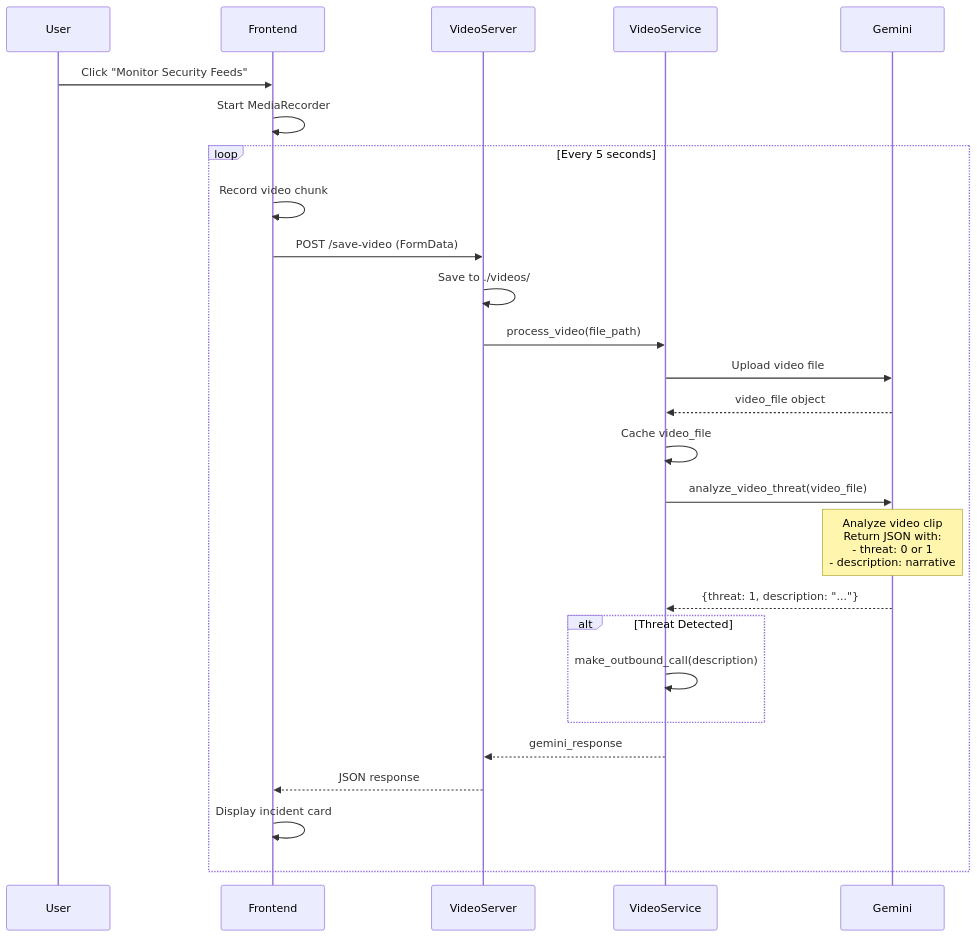
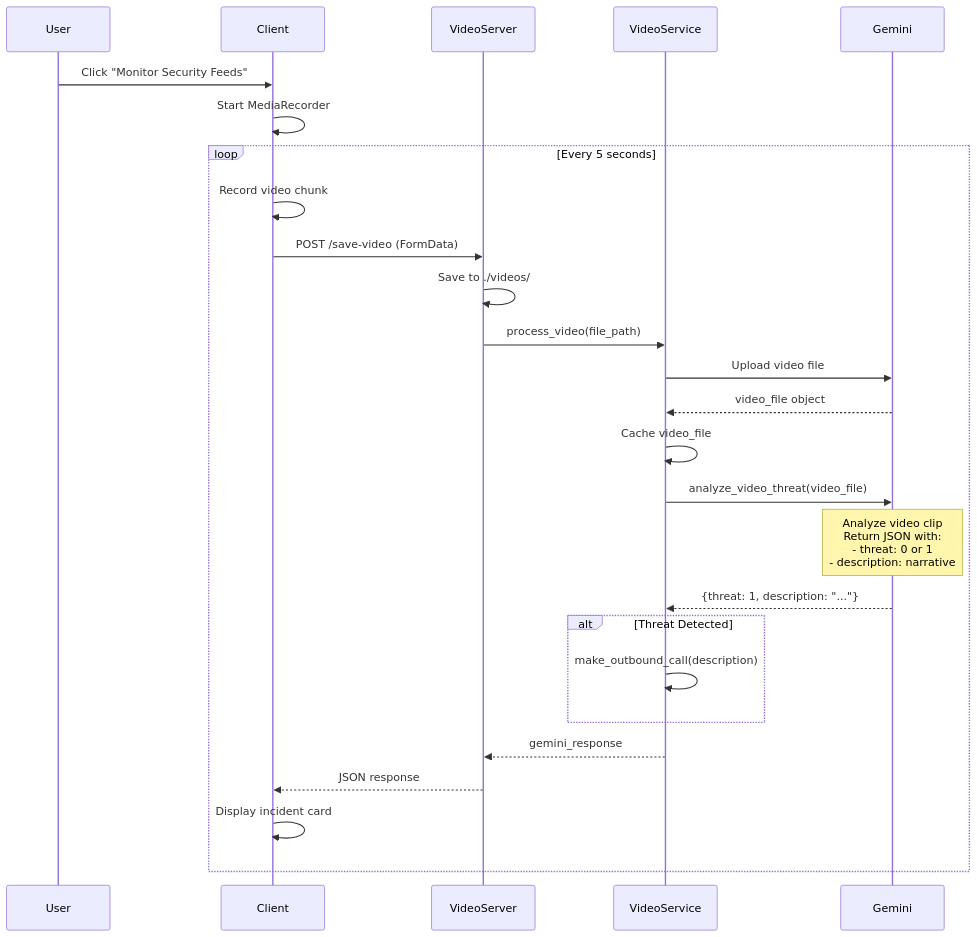
Before and after one commit to agamg/treehacks-clampsai: the second of 5 diagrams in README.md, drawn with Mermaid. The commit also changed other lines of this file and 82 other files, not shown here.

````diff
--- a/README.md
+++ b/README.md
@@ -59,29 +59,29 @@
 ```mermaid
 sequenceDiagram
     participant User
-    participant Frontend
+    participant Client
     participant VideoServer
     participant VideoService
     participant Gemini
     
-    User->>Frontend: Click "Monitor Security Feeds"
-    Frontend->>Frontend: Start MediaRecorder
+    User->>Client: Click "Monitor Security Feeds"
+    Client->>Client: Start MediaRecorder
     loop Every 5 seconds
-        Frontend->>Frontend: Record video chunk
-        Frontend->>VideoServer: POST /save-video (FormData)
+        Client->>Client: Record video chunk
+        Client->>VideoServer: POST /save-video (FormData)
         VideoServer->>VideoServer: Save to ./videos/
         VideoServer->>VideoService: process_video(file_path)
         VideoService->>Gemini: Upload video file
         Gemini-->>VideoService: video_file object
         VideoService->>VideoService: Cache video_file
         VideoService->>Gemini: analyze_video_threat(video_file)
         Note over Gemini: Analyze video clip<br/>Return JSON with:<br/>- threat: 0 or 1<br/>- description: narrative
         Gemini-->>VideoService: {threat: 1, description: "..."}
         alt Threat Detected
             VideoService->>VideoService: make_outbound_call(description)
         end
         VideoService-->>VideoServer: gemini_response
-        VideoServer-->>Frontend: JSON response
-        Frontend->>Frontend: Display incident card
+        VideoServer-->>Client: JSON response
+        Client->>Client: Display incident card
     end
 ```
````
